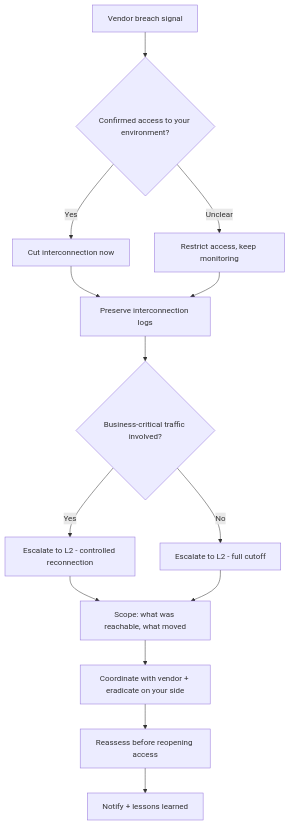
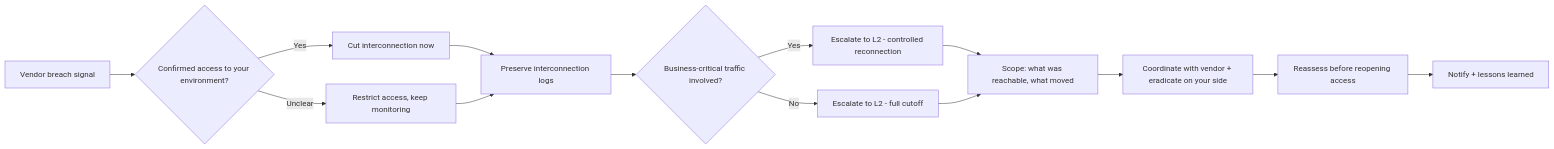
The diagram in docs/runbooks/supply-chain-compromise.md (MiracleDvm/ir-firstline), drawn with Mermaid before and after one commit. The commit also changed other lines of this file and 26 other files, not shown here.

Commit message:
Fix decision-tree diagram sizing/legibility, add PDF export, land tool links -- Convert decision trees to horizontal/collapsible, link cited tools/sources

````diff
--- a/docs/runbooks/supply-chain-compromise.md
+++ b/docs/runbooks/supply-chain-compromise.md
@@ -28,16 +30,16 @@
-```mermaid
-flowchart TD
-    A[Vendor breach signal] --> B{Confirmed access to your environment?}
-    B -->|Yes| C[Cut interconnection now]
-    B -->|Unclear| D[Restrict access, keep monitoring]
-    C --> E[Preserve interconnection logs]
-    D --> E
-    E --> F{Business-critical traffic involved?}
-    F -->|Yes| G[Escalate to L2 - controlled reconnection]
-    F -->|No| H[Escalate to L2 - full cutoff]
-    G --> I[Scope: what was reachable, what moved]
-    H --> I
-    I --> J[Coordinate with vendor + eradicate on your side]
-    J --> K[Reassess before reopening access]
-    K --> L[Notify + lessons learned]
-```
+    ```mermaid
+    flowchart LR
+        A[Vendor breach signal] --> B{Confirmed access to your environment?}
+        B -->|Yes| C[Cut interconnection now]
+        B -->|Unclear| D[Restrict access, keep monitoring]
+        C --> E[Preserve interconnection logs]
+        D --> E
+        E --> F{Business-critical traffic involved?}
+        F -->|Yes| G[Escalate to L2 - controlled reconnection]
+        F -->|No| H[Escalate to L2 - full cutoff]
+        G --> I[Scope: what was reachable, what moved]
+        H --> I
+        I --> J[Coordinate with vendor + eradicate on your side]
+        J --> K[Reassess before reopening access]
+        K --> L[Notify + lessons learned]
+    ```
````
